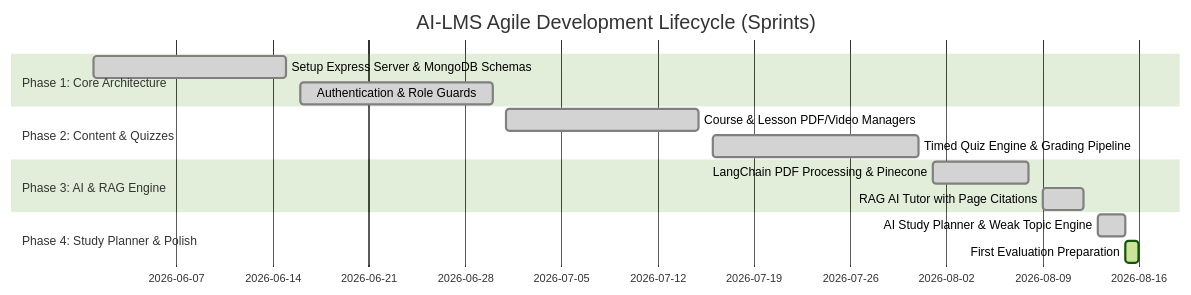
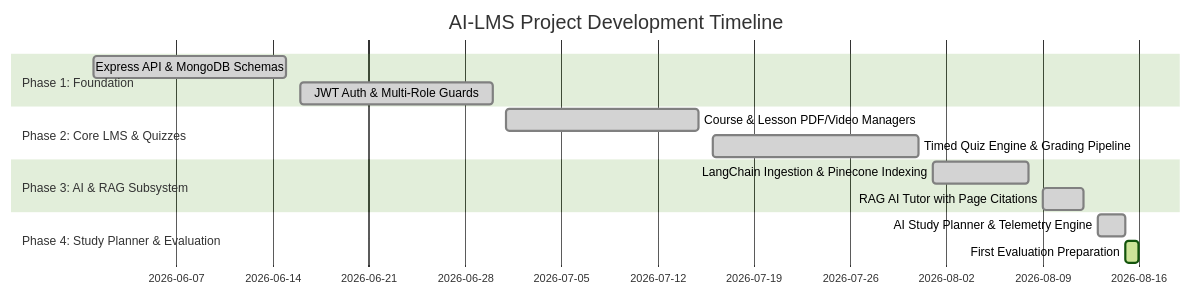
Before and after one commit to adilpalachira/AI_LMS: the eighth of 18 diagrams in docs/PRESENTATION_REPORT_FIRST_EVALUATION.md, drawn with Mermaid (forest theme). The commit also changed other lines of this file and 4 other files, not shown here.

Commit message:
docs(presentation): update first evaluation project presentation report and documentation

````diff
--- a/docs/PRESENTATION_REPORT_FIRST_EVALUATION.md
+++ b/docs/PRESENTATION_REPORT_FIRST_EVALUATION.md
@@ -345,17 +301,17 @@
 ```mermaid
 gantt
-    title AI-LMS Agile Development Lifecycle (Sprints)
+    title AI-LMS Project Development Timeline
     dateFormat  YYYY-MM-DD
-    section Phase 1: Core Architecture
-    Setup Express Server & MongoDB Schemas  :done, p1_1, 2026-06-01, 2026-06-15
-    Authentication & Role Guards           :done, p1_2, 2026-06-16, 2026-06-30
-    section Phase 2: Content & Quizzes
-    Course & Lesson PDF/Video Managers     :done, p2_1, 2026-07-01, 2026-07-15
-    Timed Quiz Engine & Grading Pipeline   :done, p2_2, 2026-07-16, 2026-07-31
-    section Phase 3: AI & RAG Engine
-    LangChain PDF Processing & Pinecone     :done, p3_1, 2026-08-01, 2026-08-08
+    section Phase 1: Foundation
+    Express API & MongoDB Schemas           :done, p1_1, 2026-06-01, 2026-06-15
+    JWT Auth & Multi-Role Guards            :done, p1_2, 2026-06-16, 2026-06-30
+    section Phase 2: Core LMS & Quizzes
+    Course & Lesson PDF/Video Managers      :done, p2_1, 2026-07-01, 2026-07-15
+    Timed Quiz Engine & Grading Pipeline    :done, p2_2, 2026-07-16, 2026-07-31
+    section Phase 3: AI & RAG Subsystem
+    LangChain Ingestion & Pinecone Indexing :done, p3_1, 2026-08-01, 2026-08-08
     RAG AI Tutor with Page Citations        :done, p3_2, 2026-08-09, 2026-08-12
-    section Phase 4: Study Planner & Polish
-    AI Study Planner & Weak Topic Engine    :done, p4_1, 2026-08-13, 2026-08-15
+    section Phase 4: Study Planner & Evaluation
+    AI Study Planner & Telemetry Engine     :done, p4_1, 2026-08-13, 2026-08-15
     First Evaluation Preparation            :active, p4_2, 2026-08-15, 2026-08-16
 ```
````
